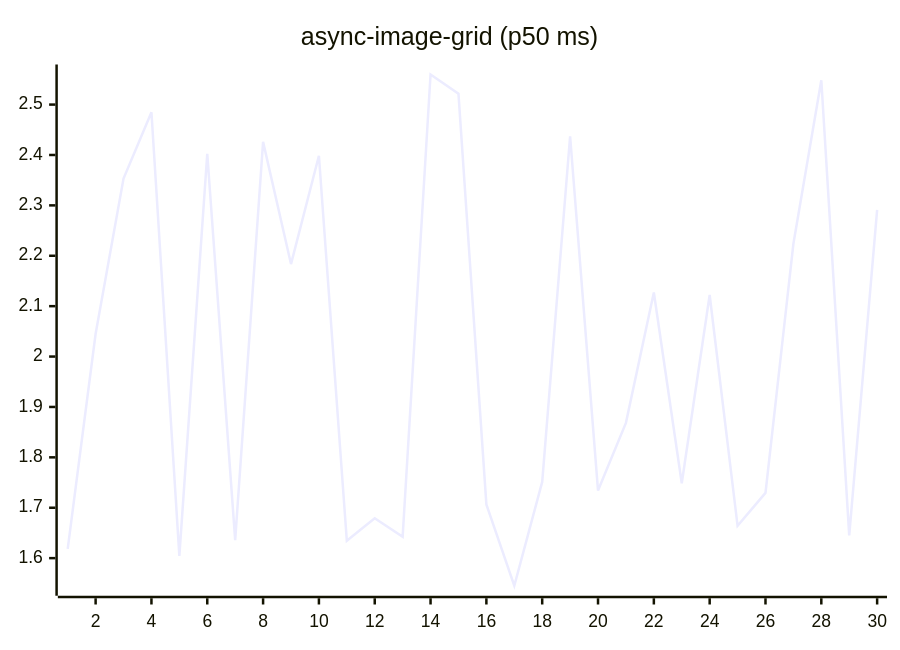
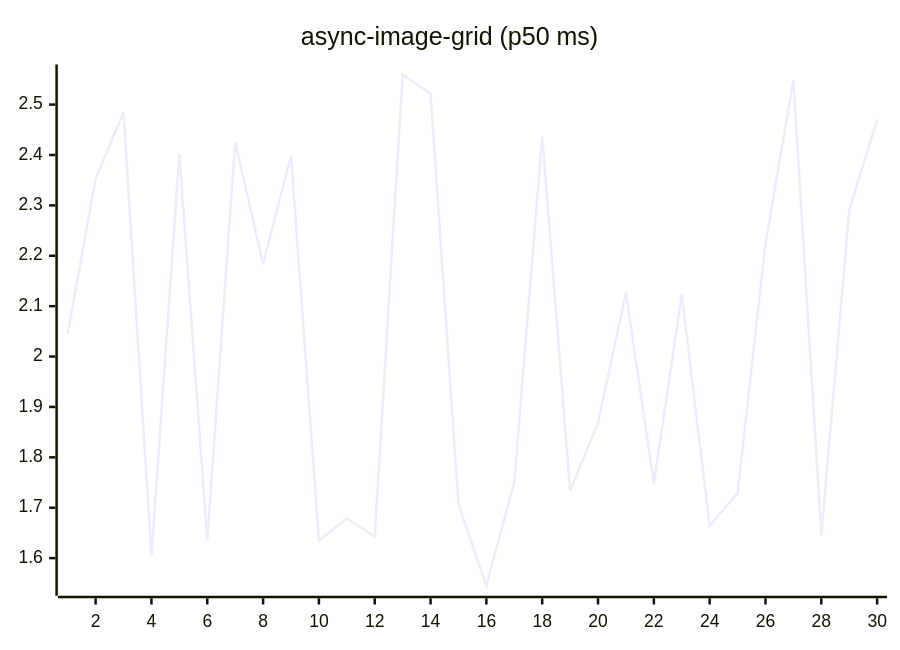
Before and after one commit to josha/Facet: the fifth of 27 diagrams in README.md, drawn with Mermaid. The commit also changed other lines of this file and 2 other files, not shown here.

````diff
--- a/README.md
+++ b/README.md
@@ -91,6 +91,6 @@
 ```mermaid
 xychart-beta
     title "async-image-grid (p50 ms)"
     x-axis 1 --> 30
-    line [1.6184, 2.0452, 2.3531, 2.4847, 1.6045, 2.4025, 1.6357, 2.4260, 2.1835, 2.3985, 1.6346, 1.6792, 1.6424, 2.5597, 2.5214, 1.7066, 1.5452, 1.7512, 2.4372, 1.7341, 1.8684, 2.1272, 1.7487, 2.1221, 1.6642, 1.7295, 2.2238, 2.5483, 1.6449, 2.2910]
+    line [2.0452, 2.3531, 2.4847, 1.6045, 2.4025, 1.6357, 2.4260, 2.1835, 2.3985, 1.6346, 1.6792, 1.6424, 2.5597, 2.5214, 1.7066, 1.5452, 1.7512, 2.4372, 1.7341, 1.8684, 2.1272, 1.7487, 2.1221, 1.6642, 1.7295, 2.2238, 2.5483, 1.6449, 2.2910, 2.4702]
 ```
````
